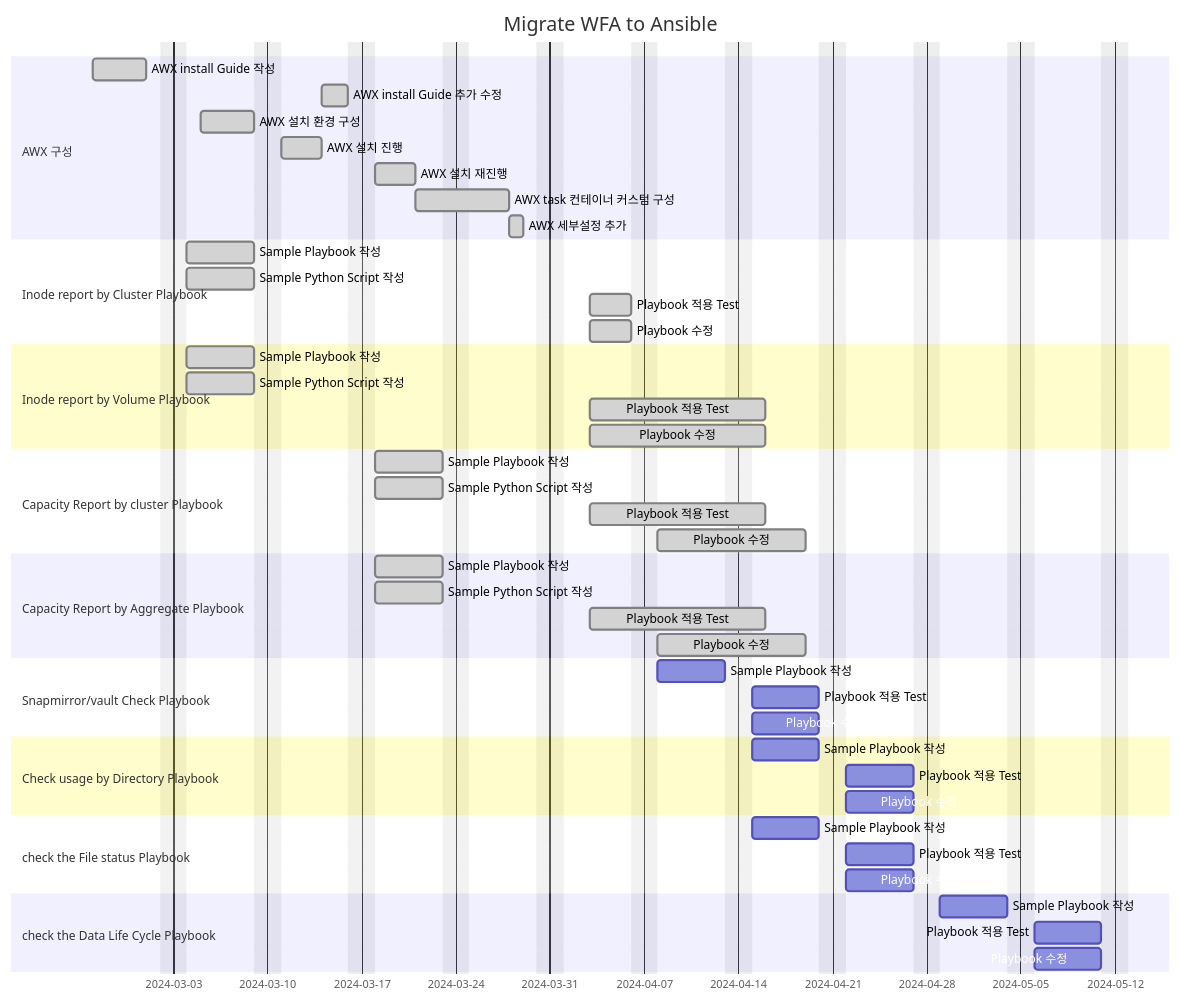
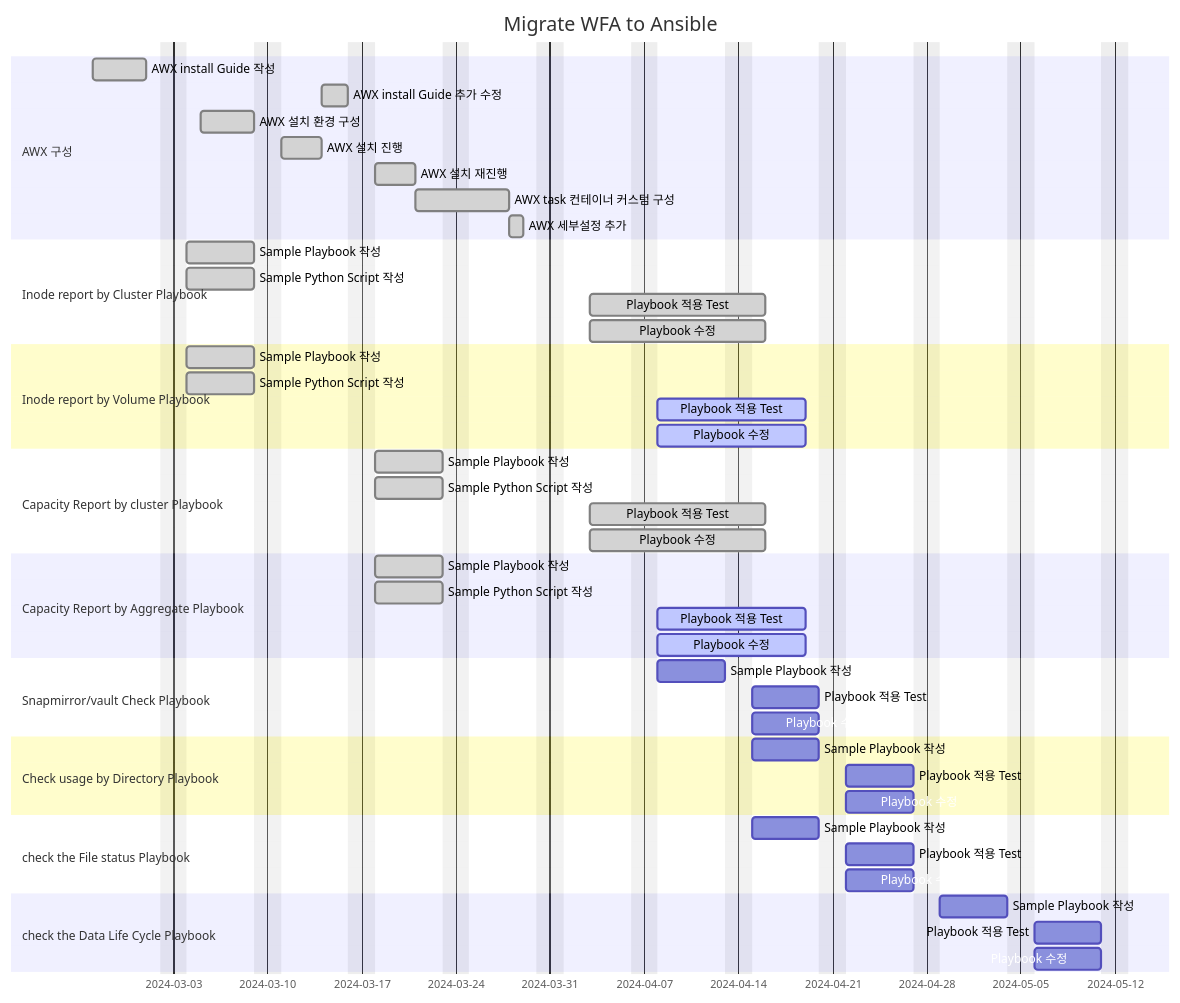
The diagram in SKHynix/Readme.md (netappkr/AnsiblePlaybook), drawn with Mermaid before and after one commit.

````diff
--- a/SKHynix/Readme.md
+++ b/SKHynix/Readme.md
@@ -70,60 +70,60 @@
 ```mermaid
 gantt
     title Migrate WFA to Ansible
     dateFormat  YYYY-MM-DD
     excludes    weekends
 
     section AWX 구성
     AWX install Guide 작성  : done, awx1, 2024-02-26, 4d
     AWX install Guide 추가 수정  : done, awx1-1, after awx3, 2d
     AWX 설치 환경 구성  : done, awx2, 2024-03-05, 4d
     AWX 설치 진행 : done, awx3, after awx2 , 3d
     AWX 설치 재진행 : done, awx3-1, after awx1-1 , 3d
     AWX task 컨테이너 커스텀 구성: done, awx3-2, after awx3-1, 5d
     AWX 세부설정 추가 : done, awx4, after awx3-2, 1d
     
 
     section Inode report by Cluster Playbook
     Sample Playbook 작성 : done, p1-1, 2024-03-04, 5d
     Sample Python Script 작성 : done, p1-2, 2024-03-04, 5d
-    Playbook 적용 Test: done, p1-3, 2024-04-03,  3d
-    Playbook 수정 : done, p1-4, 2024-04-03 , 3d
+    Playbook 적용 Test: done, p1-3, 2024-04-03,  9d
+    Playbook 수정 : done, p1-4, 2024-04-03 , 9d
 
     section Inode report by Volume Playbook
     Sample Playbook 작성 : done, p2-1, 2024-03-04, 5d
     Sample Python Script 작성 : done, p2-2, 2024-03-04, 5d
-    Playbook 적용 Test: done, p2-3, 2024-04-03,  9d
-    Playbook 수정 : done, p2-4, 2024-04-03 , 9d
+    Playbook 적용 Test: active, p2-3, 2024-04-08,  9d
+    Playbook 수정 : active, p2-4, 2024-04-08 , 9d
 
     section Capacity Report by cluster Playbook
     Sample Playbook 작성 : done, p3-1, 2024-03-18, 5d
     Sample Python Script 작성 : done, p3-2, 2024-03-18, 5d
     Playbook 적용 Test: done, p3-3, 2024-04-03,  9d
-    Playbook 수정 : done, p3-4, 2024-04-08 , 9d
+    Playbook 수정 : done, p3-4, 2024-04-03 , 9d
 
     section Capacity Report by Aggregate Playbook
     Sample Playbook 작성 : done, p4-1, 2024-03-18, 5d
     Sample Python Script 작성 : done, p4-2, 2024-03-18, 5d
-    Playbook 적용 Test: done, p4-3, 2024-04-03,  9d
-    Playbook 수정 : done, p4-3, 2024-04-08 , 9d
+    Playbook 적용 Test: active, p4-3, 2024-04-08,  9d
+    Playbook 수정 : active, p4-3, 2024-04-08 , 9d
 
     section Snapmirror/vault Check Playbook
     Sample Playbook 작성 : p6-1, 2024-04-08, 5d
     Playbook 적용 Test: p6-2, after p6-1,  5d
     Playbook 수정 : p6-3, after p6-1 , 5d
 
     section Check usage by Directory Playbook
     Sample Playbook 작성 : p7-1, 2024-04-15, 5d
     Playbook 적용 Test: p7-2, after p7-1,  5d
     Playbook 수정 : p7-3, after p7-1 , 5d
 
     section check the File status Playbook
     Sample Playbook 작성 : p8-1, 2024-04-15, 5d
     Playbook 적용 Test: p8-2, after p8-1,  5d
     Playbook 수정 : p8-3, after p8-1 , 5d
 
     section check the Data Life Cycle Playbook
     Sample Playbook 작성 : p10-1, 2024-04-29, 5d
     Playbook 적용 Test: p10-2, after p10-1,  5d
     Playbook 수정 : p10-3, after p10-1 , 5d
 ```
````
